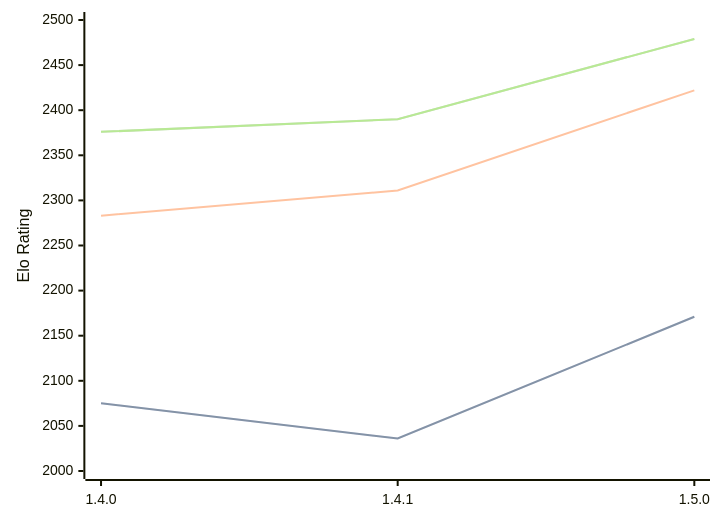
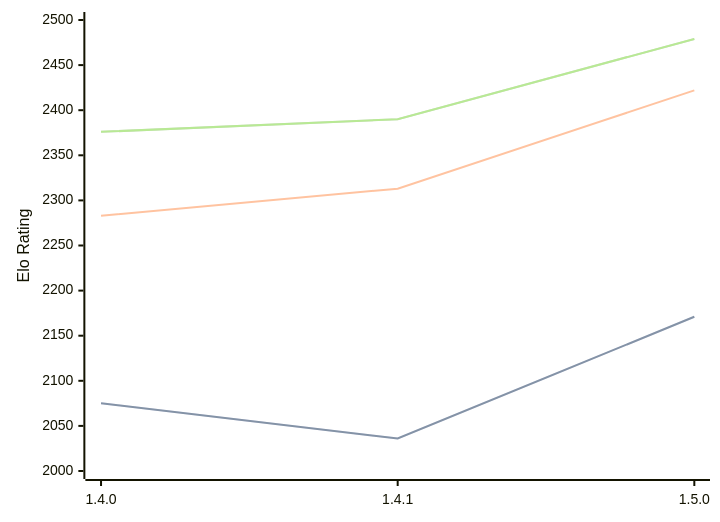
The third of 3 diagrams in engines/Tofiks.md (computer-chess-index/cci), drawn with Mermaid before and after one commit. The commit also changed other lines of this file, not shown here.

````diff
--- a/engines/Tofiks.md
+++ b/engines/Tofiks.md
@@ -70,11 +70,11 @@
 ```mermaid
 %%{init: {"theme":"base","themeVariables":{"seriesColors:['#a3a3a3','#222221','#faa371']}}}%%
 xychart-beta
   x-axis ["1.4.0", "1.4.1", "1.5.0"]
   y-axis "Elo Rating" 2000 --> 2500
   line "STC (8.0+0.08s)" [2075, 2036, 2171]
   line "STC (8.0+0.08s)" [2075, 2036, 2171]
-  line "LTC (60.0+0.60s)" [2283, 2311, 2422]
+  line "LTC (60.0+0.60s)" [2283, 2313, 2422]
   line "VLTC (2m24s+1.12s)" [2376, 2390, 2479]
   line "VLTC (2m24s+1.12s)" [2376, 2390, 2479]
 ```
````
